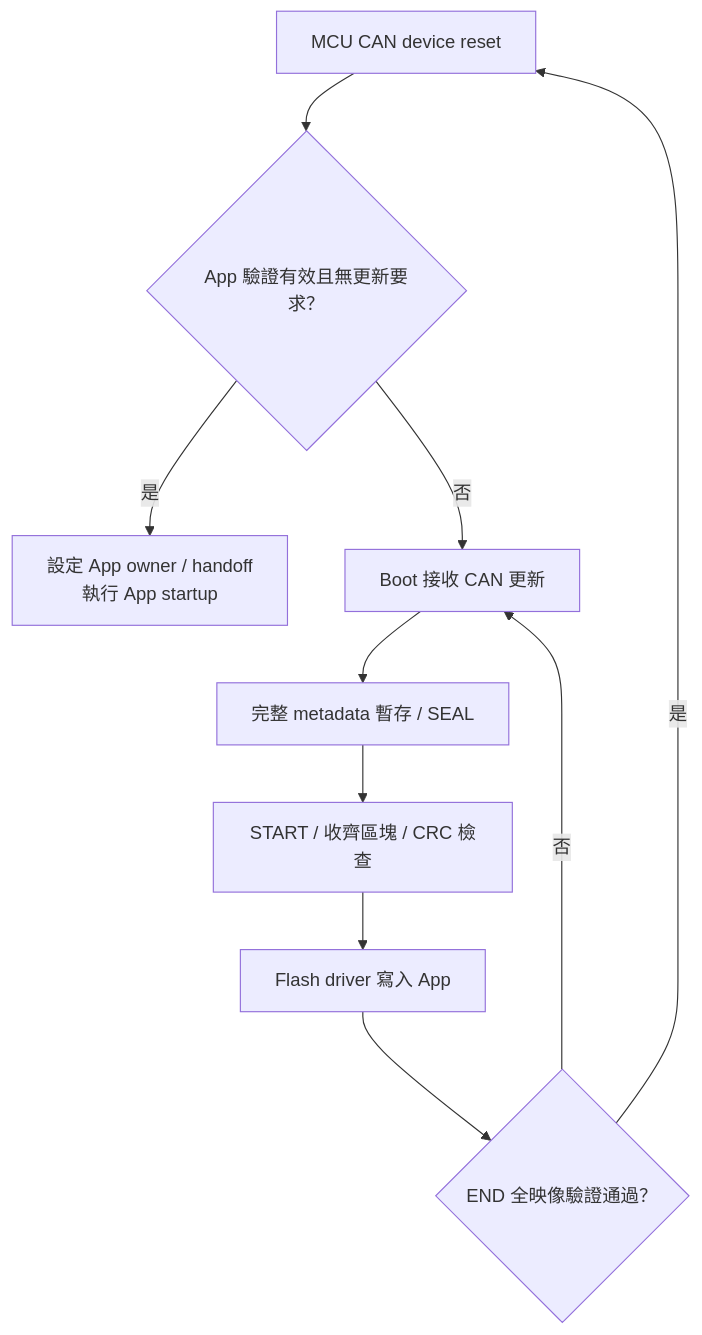
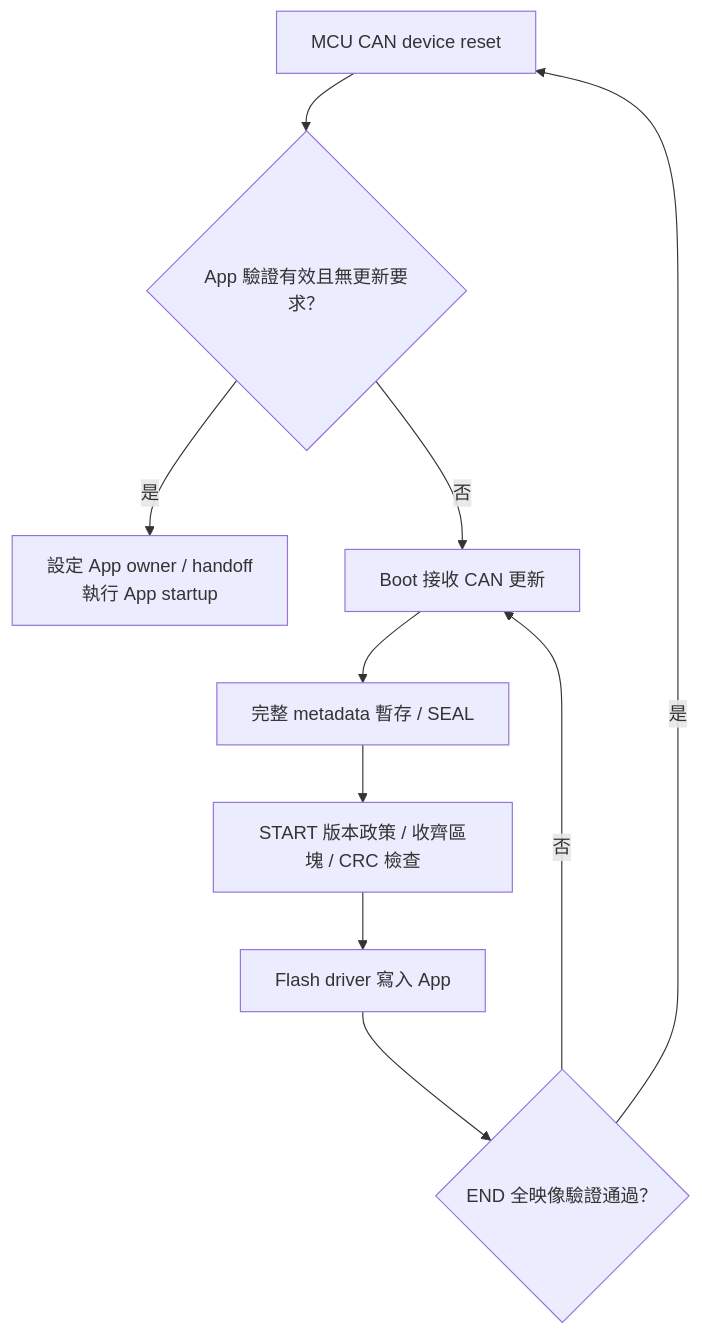
Before and after one commit to released/slide_boot_loader_for_RL78: the third of 8 diagrams in index.md, drawn with Mermaid. The commit also changed other lines of this file and 3 other files, not shown here.

````diff
--- a/index.md
+++ b/index.md
@@ -156,12 +156,12 @@
 ```mermaid
 flowchart TD
     RESET["MCU CAN device reset"] --> CHECK{"App 驗證有效且無更新要求？"}
     CHECK -->|是| APP["設定 App owner / handoff<br/>執行 App startup"]
     CHECK -->|否| WAIT["Boot 接收 CAN 更新"]
     WAIT --> META["完整 metadata 暫存 / SEAL"]
-    META --> BLOCK["START / 收齊區塊 / CRC 檢查"]
+    META --> BLOCK["START 版本政策 / 收齊區塊 / CRC 檢查"]
     BLOCK --> FLASH["Flash driver 寫入 App"]
     FLASH --> END{"END 全映像驗證通過？"}
     END -->|是| RESET
     END -->|否| WAIT
 ```
````
